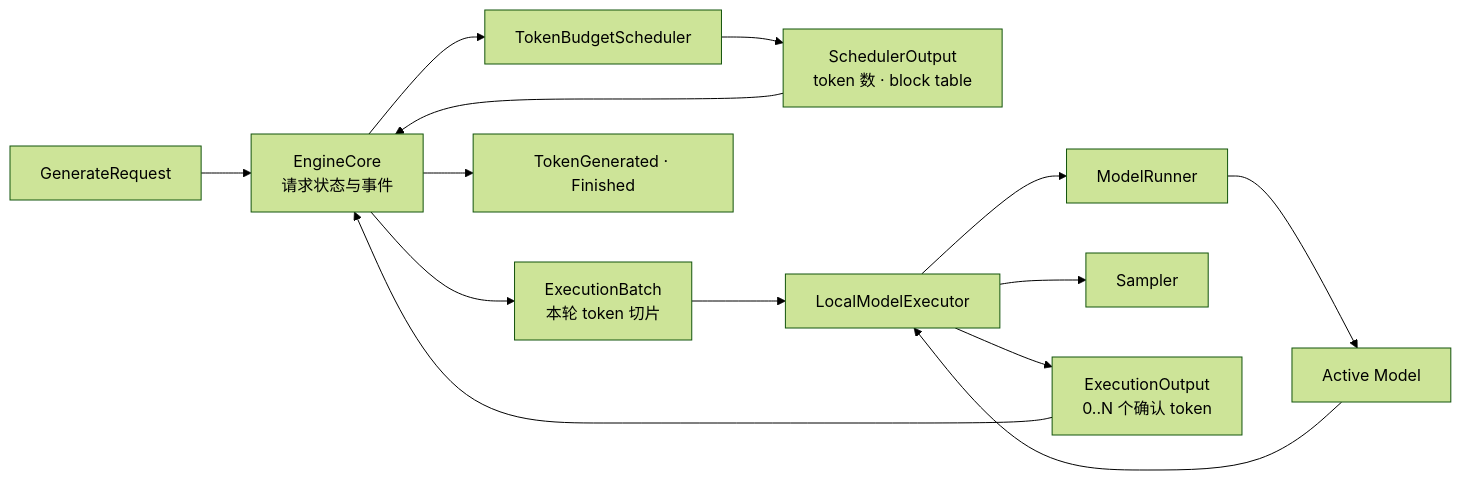
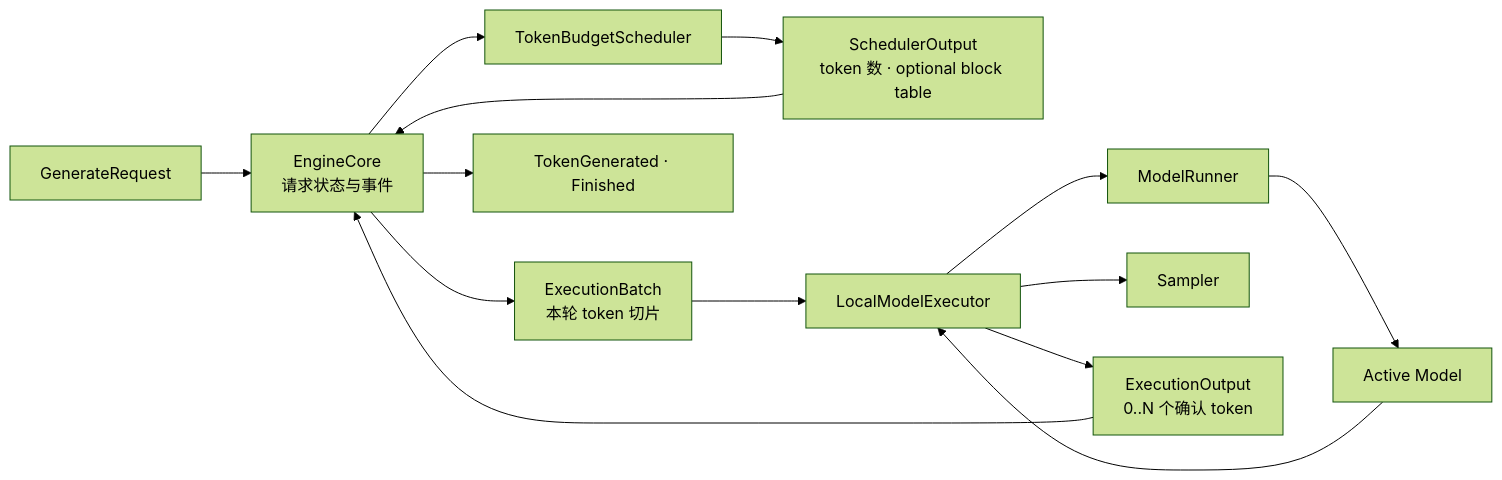
Before and after one commit to poorpaper/light-vllm: the first of 3 diagrams in docs/architecture.md, drawn with Mermaid (forest theme). The commit also changed other lines of this file and 6 other files, not shown here.

Commit message:
refactor: make KV block tables optional

````diff
--- a/docs/architecture.md
+++ b/docs/architecture.md
@@ -25,16 +25,16 @@
 ```mermaid
 flowchart LR
     Request["GenerateRequest"] --> Core["EngineCore<br/>请求状态与事件"]
     Core --> Scheduler["TokenBudgetScheduler"]
-    Scheduler --> Plan["SchedulerOutput<br/>token 数 · block table"]
+    Scheduler --> Plan["SchedulerOutput<br/>token 数 · optional block table"]
     Plan --> Core
     Core --> Batch["ExecutionBatch<br/>本轮 token 切片"]
     Batch --> Executor["LocalModelExecutor"]
     Executor --> Runner["ModelRunner"]
     Runner --> Model["Active Model"]
     Model --> Executor
     Executor --> Sampler["Sampler"]
     Executor --> Output["ExecutionOutput<br/>0..N 个确认 token"]
     Output --> Core
     Core --> Events["TokenGenerated · Finished"]
 ```
````
